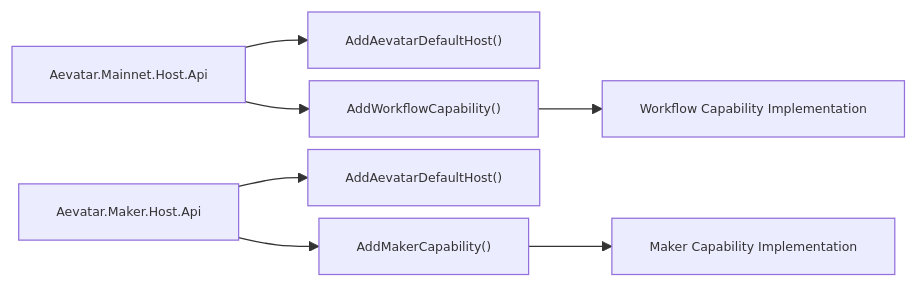
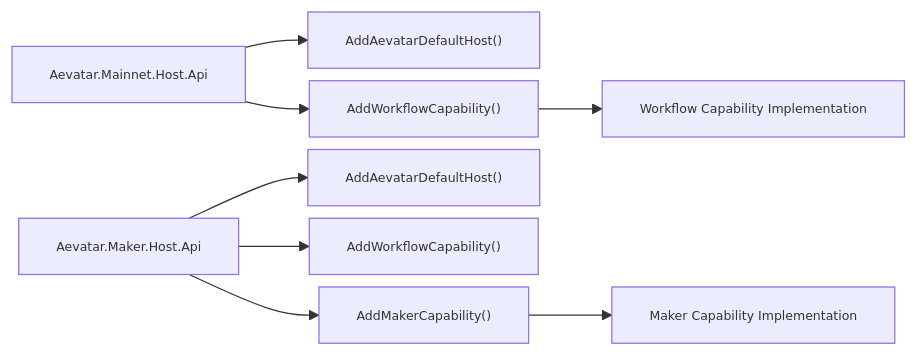
Before and after one commit to aevatarAI/aevatar: the second of 4 diagrams in docs/PROJECT_ARCHITECTURE.md, drawn with Mermaid. The commit also changed other lines of this file and 38 other files, not shown here.

````diff
--- a/docs/PROJECT_ARCHITECTURE.md
+++ b/docs/PROJECT_ARCHITECTURE.md
@@ -31,12 +31,13 @@
 ```mermaid
 %%{init: {"maxTextSize": 100000, "flowchart": {"useMaxWidth": false, "nodeSpacing": 10, "rankSpacing": 50}, "themeVariables": {"fontSize": "10px"}}}%%
 flowchart LR
     MH["Aevatar.Mainnet.Host.Api"] --> HADD["AddAevatarDefaultHost()"]
     MH --> WADD["AddWorkflowCapability()"]
 
     KH["Aevatar.Maker.Host.Api"] --> KHADD["AddAevatarDefaultHost()"]
+    KH --> KWADD["AddWorkflowCapability()"]
     KH --> KADD["AddMakerCapability()"]
 
     WADD --> WIMPL["Workflow Capability Implementation"]
     KADD --> KIMPL["Maker Capability Implementation"]
 ```
````
